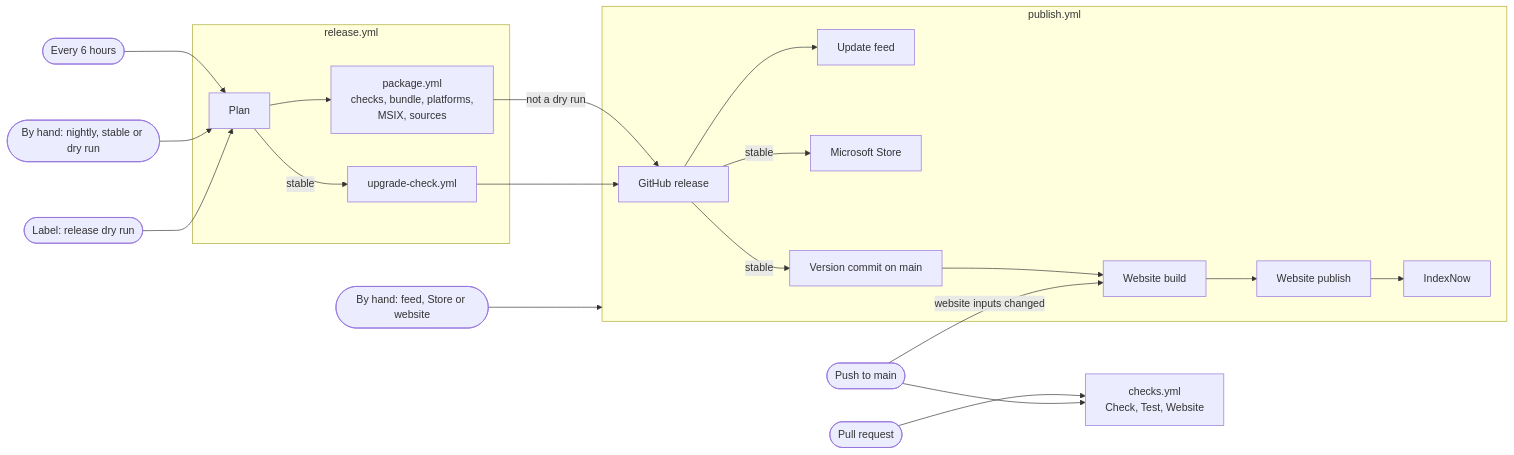
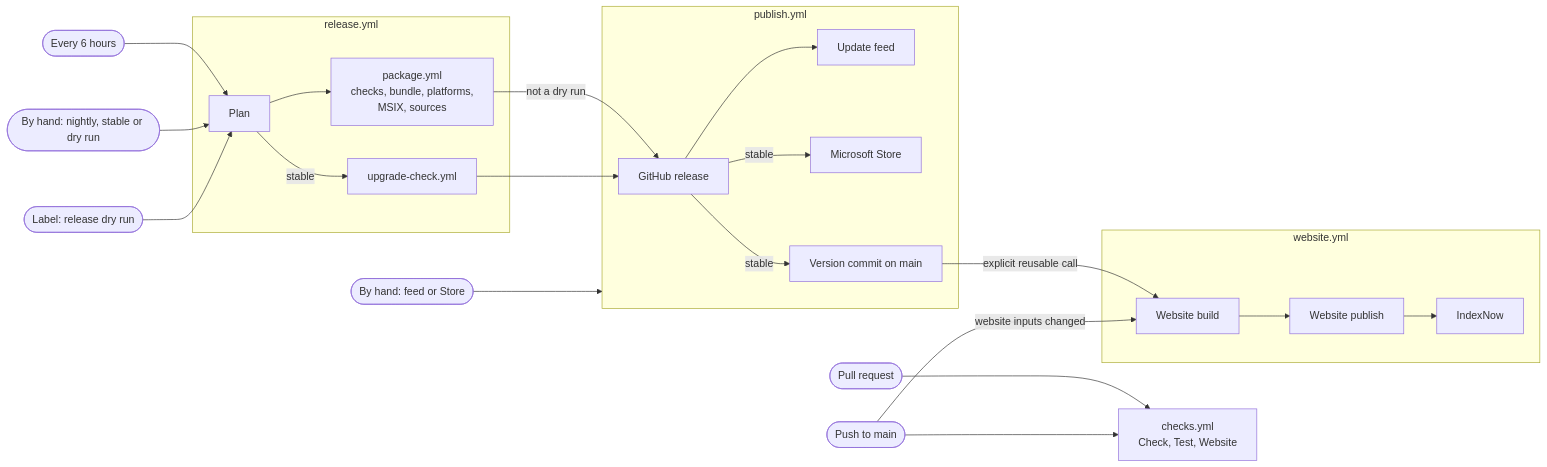
The diagram in docs/maintainers/ci.md (Mr-Streamer-OSS/MrStreamer), drawn with Mermaid before and after one commit. The commit also changed other lines of this file and 5 other files, not shown here.

````diff
--- a/docs/maintainers/ci.md
+++ b/docs/maintainers/ci.md
@@ -14,33 +15,35 @@
 ```mermaid
 flowchart LR
   pr([Pull request]) --> checks[checks.yml<br/>Check, Test, Website]
   main([Push to main]) --> checks
   cron([Every 6 hours]) --> plan
   hand([By hand: nightly, stable or dry run]) --> plan
   label([Label: release dry run]) --> plan
   subgraph rel [release.yml]
     plan[Plan]
     package[package.yml<br/>checks, bundle, platforms,<br/>MSIX, sources]
     upgrade[upgrade-check.yml]
   end
   subgraph pub [publish.yml]
     release[GitHub release]
     feed[Update feed]
     store[Microsoft Store]
     finalize[Version commit on main]
+  end
+  subgraph site [website.yml]
     web[Website build]
     deploy[Website publish]
     indexnow[IndexNow]
   end
   plan --> package
   plan -- stable --> upgrade
   package -- not a dry run --> release
   upgrade --> release
   release --> feed
   release -- stable --> store
   release -- stable --> finalize
-  finalize --> web
+  finalize -- explicit reusable call --> web
   main -- website inputs changed --> web
   web --> deploy --> indexnow
-  hand2([By hand: feed, Store or website]) --> pub
+  hand2([By hand: feed or Store]) --> pub
 ```
````
